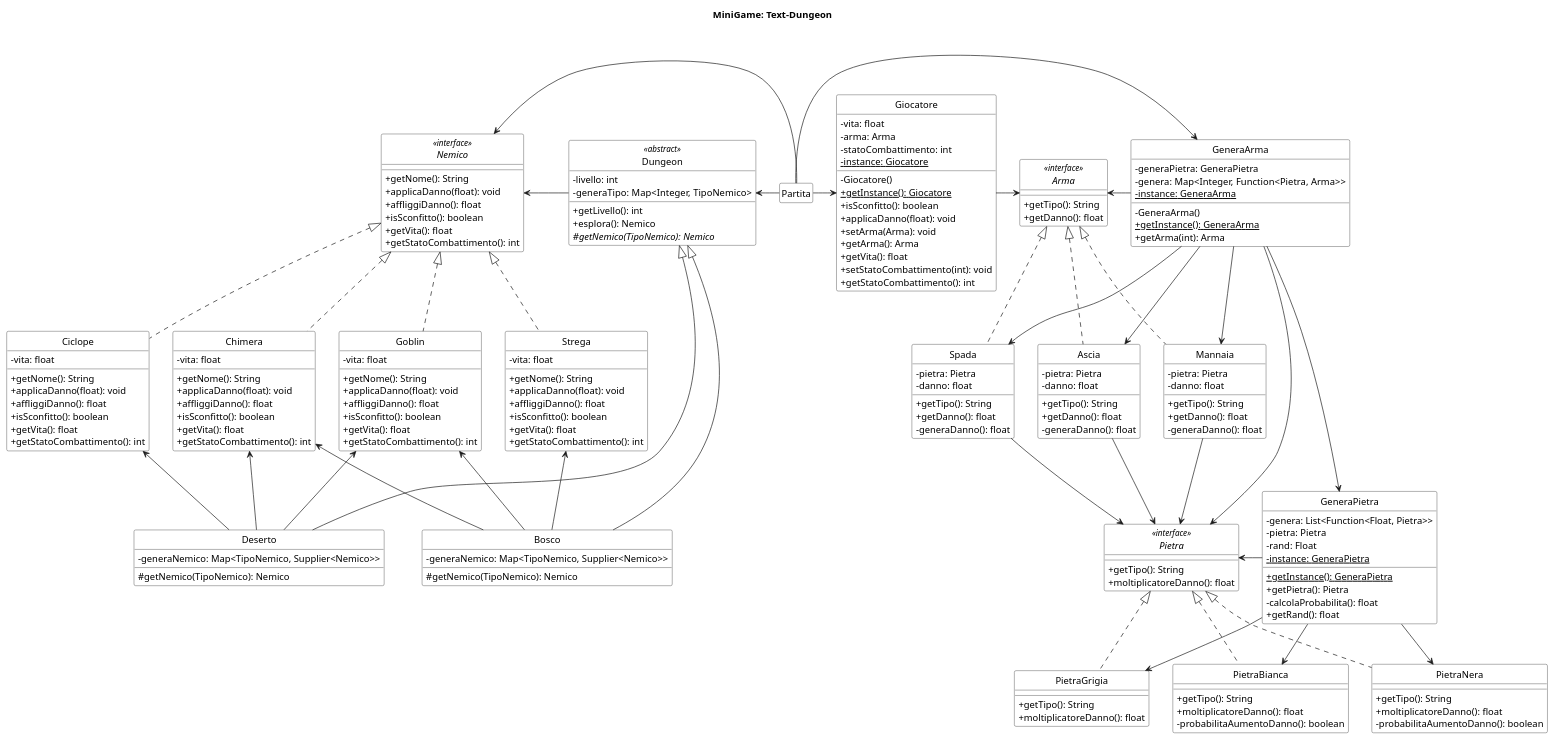
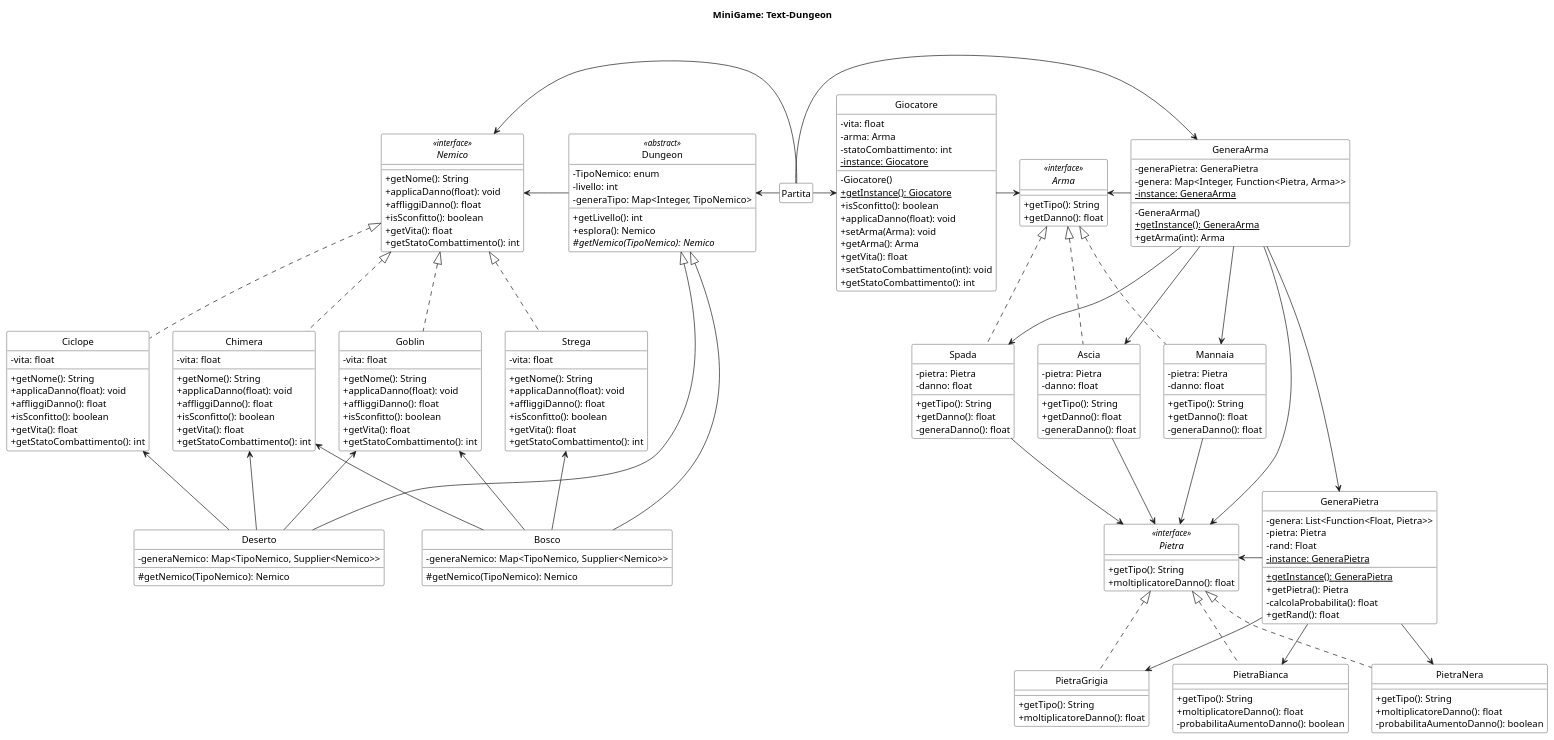
Before and after one commit to Gigi-G/text-dungeon: the diagram in uml/class_diagram.puml, drawn with PlantUML. The commit also changed other lines of this file and 131 other files, not shown here.

```diff
--- a/uml/class_diagram.puml
+++ b/uml/class_diagram.puml
@@ -27,7 +26,15 @@
 }
 show GeneraPietra members
 
-class Partita
+class Partita {
+    - giocatore: Giocatore
+    - nemico: Nemico
+    - dungeon: Dungeon
+    - generaArma: GeneraArma
+    + setDungeonBosco(): void
+    + setDungeonDeserto: void
+
+}
 
 interface Pietra <<interface>> {
     + getTipo(): String
@@ -127,6 +134,7 @@
 show Nemico members
 
 class Dungeon<<abstract>> {
+    - TipoNemico: enum
     - livello: int
     - generaTipo: Map<Integer, TipoNemico>
     + getLivello(): int
```
